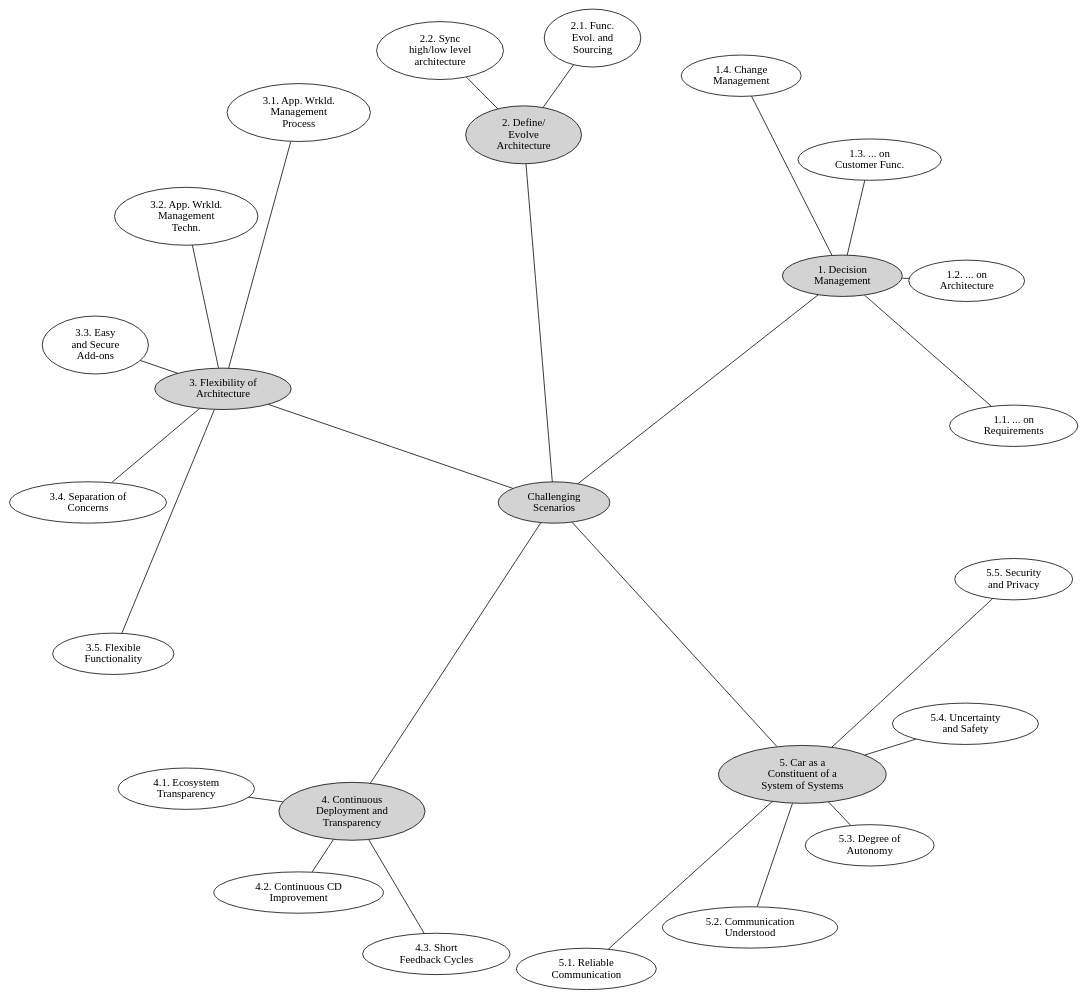
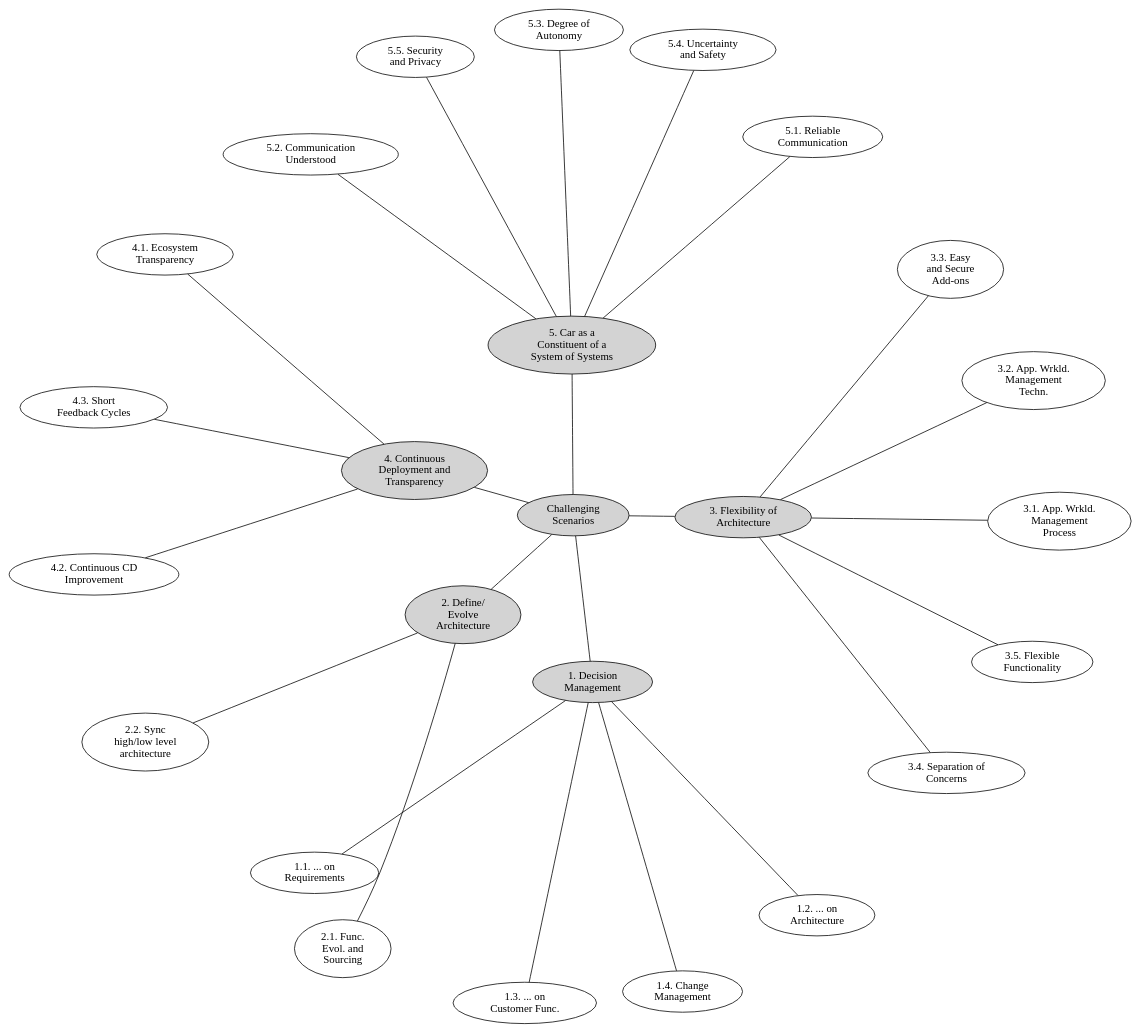
Before and after one commit to PatrizioPelliccione/WasaJournal: the diagram in figures/use_cases.dot, drawn with Graphviz. The commit also changed 1 other file, not shown here.

```diff
--- a/figures/use_cases.dot
+++ b/figures/use_cases.dot
@@ -1,80 +1,81 @@
 graph UseCases {
-  layout=twopi;
+  layout=neato;
   overlap=false;
   splines=true;
-  ranksep="1.9 0.5";
 
   {
     node [style=filled];
     node [label="Challenging\nScenarios"] root;
     node [label="1. Decision\nManagement"] s1;
     node [label="2. Define/\nEvolve\nArchitecture"] s2;
     node [label="3. Flexibility of\nArchitecture"] s3;
     node [label="4. Continuous\nDeployment and\nTransparency"] s4;
     node [label="5. Car as a\nConstituent of a\nSystem of Systems"] sos;
 
     root -- s1;
     root -- s2;
     root -- s3;
     root -- s4;
     root -- sos;
   }
+
+  edge [len=1.9, weight=3];
 
   { // 1.*
     node [label="1.1. ... on\nRequirements"] s11;
     node [label="1.2. ... on\nArchitecture"] s12;
     node [label="1.3. ... on\nCustomer Func."] s13;
     node [label="1.4. Change\nManagement"] s14;
 
     s1 -- s11;
     s1 -- s12;
     s1 -- s13;
     s1 -- s14;
   }
 
   { // 2.*
     node [label="2.1. Func.\nEvol. and\nSourcing"] s21;
     node [label="2.2. Sync\nhigh/low level\narchitecture"] s22;
 
     s2 -- s21;
     s2 -- s22;
   }
 
   { // 3.*
     node [label="3.1. App. Wrkld.\nManagement\nProcess"] s31;
     node [label="3.2. App. Wrkld.\nManagement\nTechn."] s32;
     node [label="3.3. Easy\nand Secure\nAdd-ons"] s33;
     node [label="3.4. Separation of\nConcerns"] s34;
     node [label="3.5. Flexible\nFunctionality"] s35;
 
     s3 -- s31;
     s3 -- s32;
     s3 -- s33;
     s3 -- s34;
     s3 -- s35;
   }
 
   { // 4.*
     node [label="4.1. Ecosystem\nTransparency"] s41;
     node [label="4.2. Continuous CD\nImprovement"] s42;
     node [label="4.3. Short\nFeedback Cycles"] s43;
 
     s4 -- s41;
     s4 -- s42;
     s4 -- s43;
   }
 
   { // 5.*
     node [label="5.1. Reliable\nCommunication"] sos1;
     node [label="5.2. Communication\nUnderstood"] sos2;
     node [label="5.3. Degree of\nAutonomy"] sos3;
     node [label="5.4. Uncertainty\nand Safety"] sos4;
     node [label="5.5. Security\nand Privacy"] sos5;
 
     sos -- sos1;
     sos -- sos2;
     sos -- sos3;
     sos -- sos4;
     sos -- sos5;
   }
 }
```
